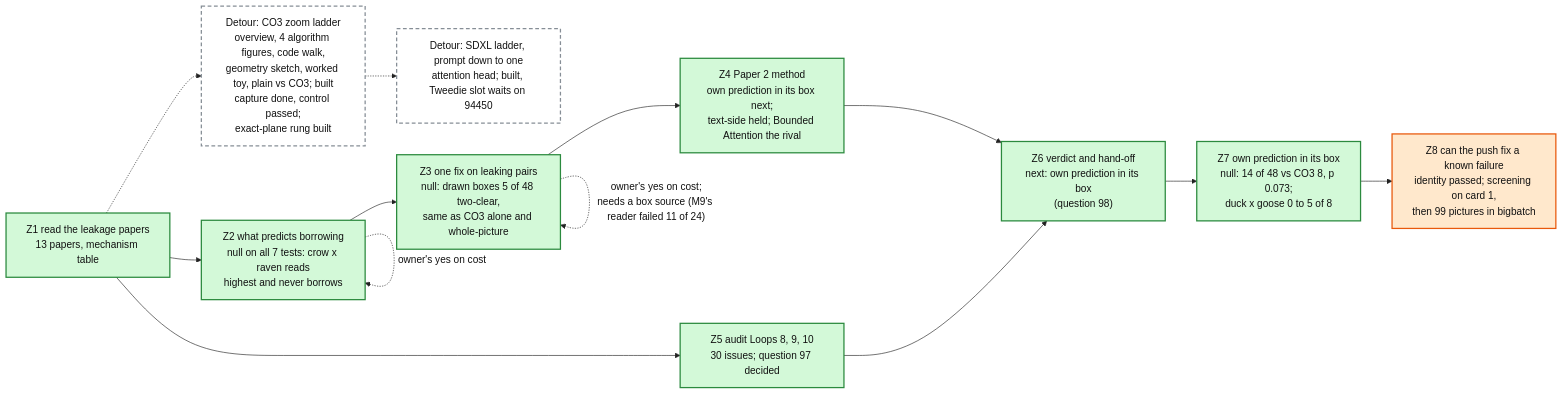
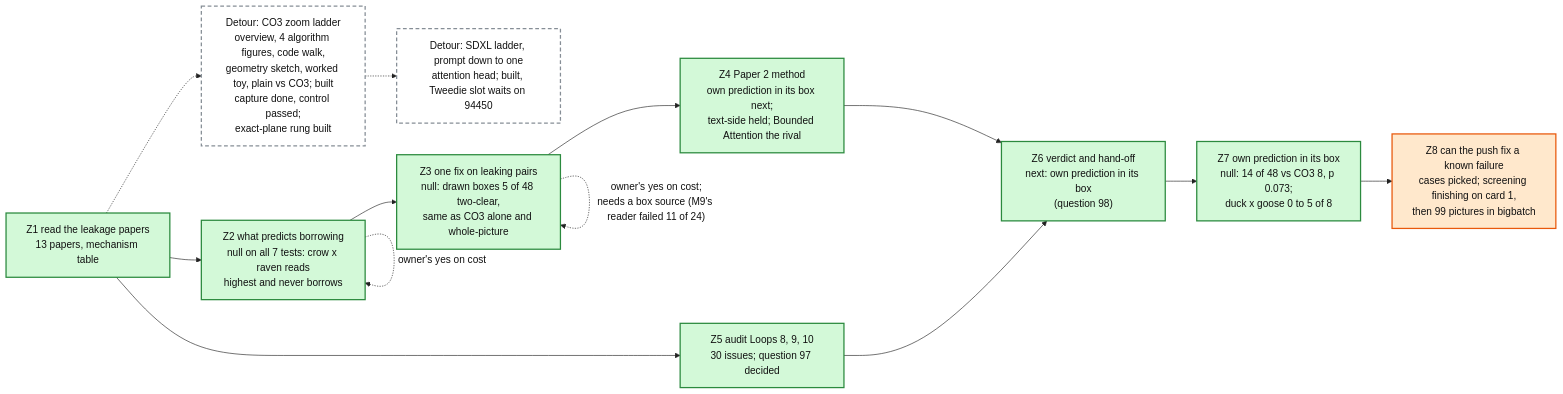
Before and after one commit to mo-rsa24/concept-composition: the diagram in artifacts/notes/progress/leakage/loop-12-progress.mmd, drawn with Mermaid. The commit also changed 1 other file, not shown here.

Commit message:
Loop 12 map: Z8 cases picked

```diff
--- a/artifacts/notes/progress/leakage/loop-12-progress.mmd
+++ b/artifacts/notes/progress/leakage/loop-12-progress.mmd
@@ -1,24 +1,24 @@
 %%{init: {'theme': 'base', 'themeVariables': {'fontFamily': 'monospace', 'primaryColor': '#ffffff', 'primaryBorderColor': '#222222', 'primaryTextColor': '#111111', 'lineColor': '#222222'}}}%%
 flowchart LR
   Z1["Z1 read the leakage papers<br/>13 papers, mechanism table"]:::done
   Z2["Z2 what predicts borrowing<br/>null on all 7 tests: crow x raven reads<br/>highest and never borrows"]:::done
   Z3["Z3 one fix on leaking pairs<br/>null: drawn boxes 5 of 48 two-clear,<br/>same as CO3 alone and whole-picture"]:::done
   Z4["Z4 Paper 2 method<br/>own prediction in its box next;<br/>text-side held; Bounded Attention the rival"]:::done
   Z5["Z5 audit Loops 8, 9, 10<br/>30 issues; question 97 decided"]:::done
   Z6["Z6 verdict and hand-off<br/>next: own prediction in its box<br/>(question 98)"]:::done
   LAD["Detour: CO3 zoom ladder<br/>overview, 4 algorithm figures, code walk,<br/>geometry sketch, worked toy, plain vs CO3; built<br/>capture done, control passed;<br/>exact-plane rung built"]:::detour
   Z1 -.-> LAD
   SDX["Detour: SDXL ladder, prompt down to one<br/>attention head; built, Tweedie slot waits on 94450"]:::detour
   LAD -.-> SDX
   Z1 --> Z2 --> Z3 --> Z4 --> Z6
   Z1 --> Z5 --> Z6
   Z2 -. "owner's yes on cost" .-> Z2
   Z3 -. "owner's yes on cost;<br/>needs a box source (M9's reader failed 11 of 24)" .-> Z3
   Z7["Z7 own prediction in its box<br/>null: 14 of 48 vs CO3 8, p 0.073;<br/>duck x goose 0 to 5 of 8"]:::done
   Z6 --> Z7
-  Z8["Z8 can the push fix a known failure<br/>identity passed; screening on card 1,<br/>then 99 pictures in bigbatch"]:::doing
+  Z8["Z8 can the push fix a known failure<br/>cases picked; screening finishing on card 1,<br/>then 99 pictures in bigbatch"]:::doing
   Z7 --> Z8
   classDef done fill:#d3f9d8,stroke:#2b8a3e,stroke-width:2px
   classDef doing fill:#ffe8cc,stroke:#e8590c,stroke-width:2px
   classDef detour fill:#ffffff,stroke:#868e96,stroke-width:2px,stroke-dasharray: 6 4
   classDef todo fill:#f1f3f5,stroke:#868e96,stroke-width:2px
```
